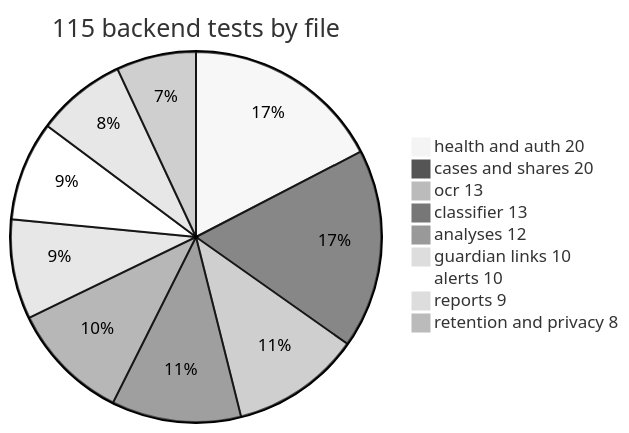
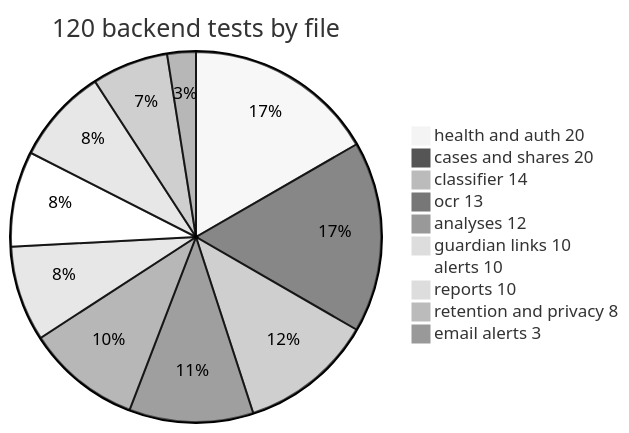
Before and after one commit to abdullah956/a-mbl: diagram 25 of 25 in PROJECT_GUIDE.md, drawn with Mermaid (neutral theme). The commit also changed other lines of this file and 12 other files, not shown here.

````diff
--- a/PROJECT_GUIDE.md
+++ b/PROJECT_GUIDE.md
@@ -2635,12 +2969,13 @@
 ```mermaid
-pie title 115 backend tests by file
+pie title 120 backend tests by file
     "health and auth 20" : 20
     "cases and shares 20" : 20
+    "classifier 14" : 14
     "ocr 13" : 13
-    "classifier 13" : 13
     "analyses 12" : 12
     "guardian links 10" : 10
     "alerts 10" : 10
-    "reports 9" : 9
+    "reports 10" : 10
     "retention and privacy 8" : 8
+    "email alerts 3" : 3
 ```
````
